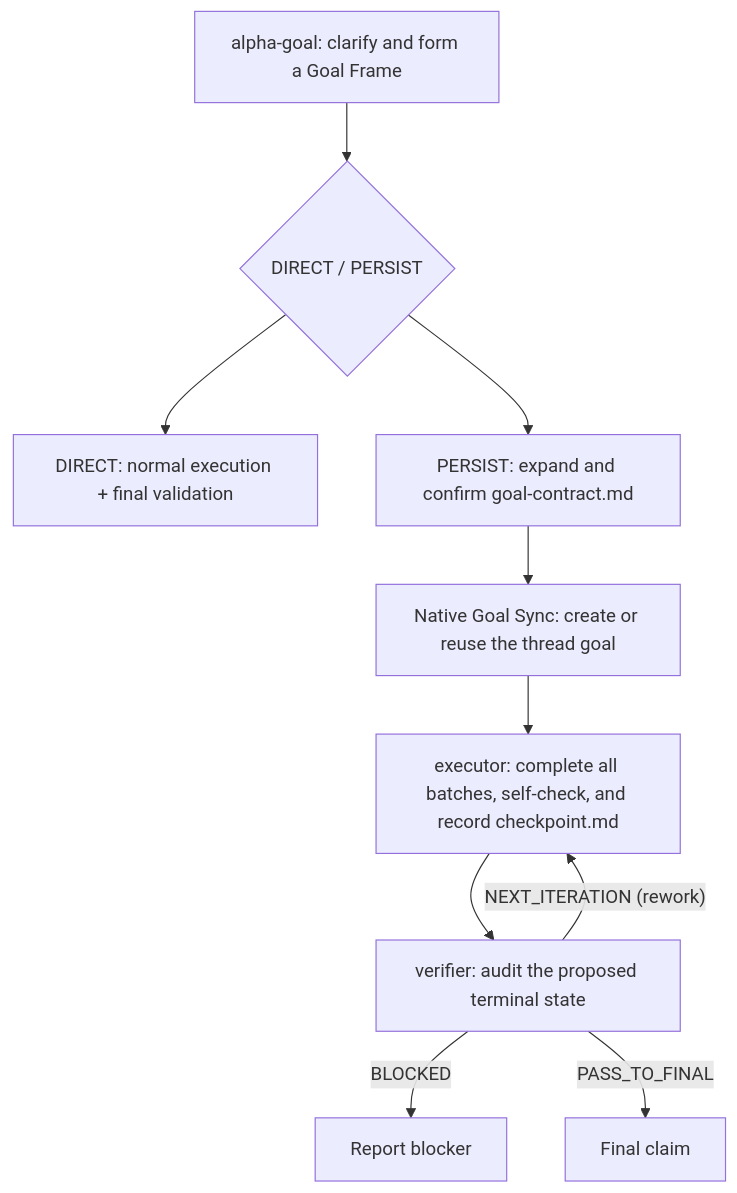
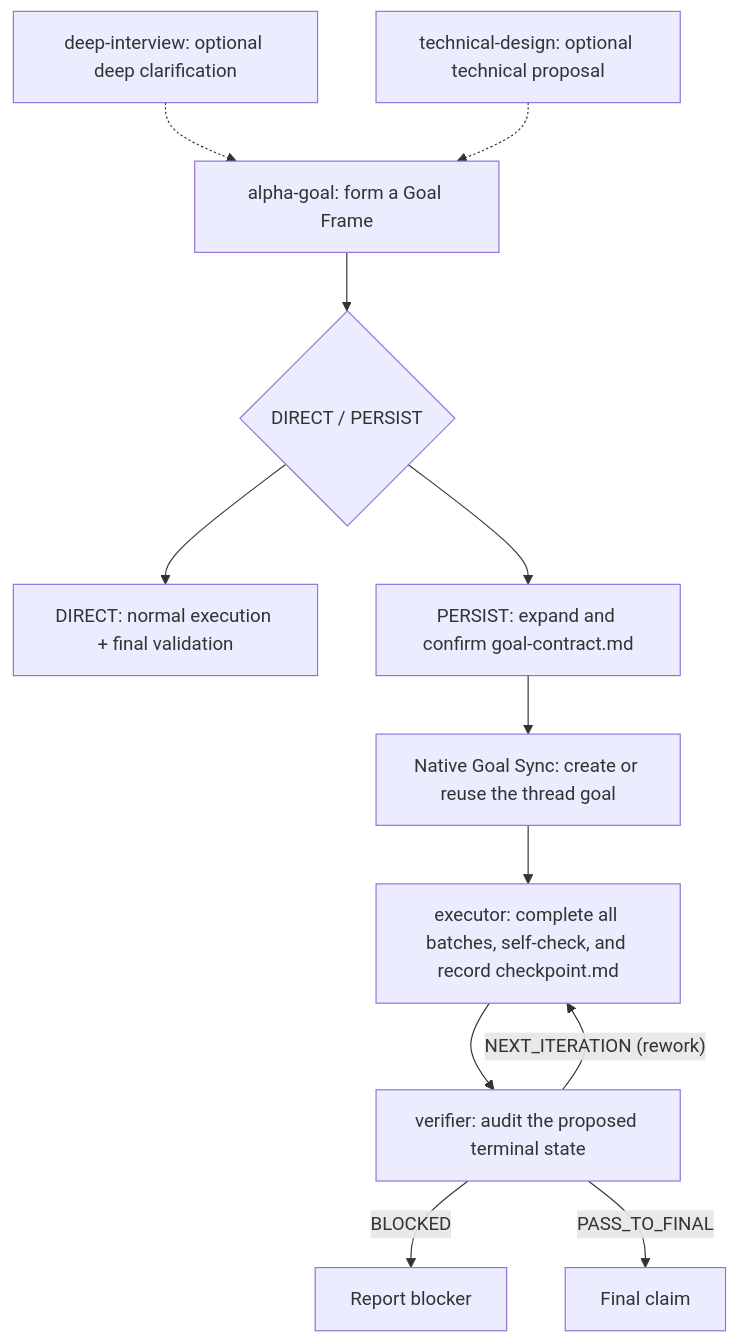
One commit to azhonglee/alpha-goal changed the diagram in README.en.md. Above: the diagram before and after it, drawn with Mermaid. The commit also changed other lines of this file and 28 other files, not shown here.

````diff
--- a/README.en.md
+++ b/README.en.md
@@ -42,12 +42,14 @@
 ```mermaid
 flowchart TD
-  A["alpha-goal: clarify and form a Goal Frame"] --> R{"DIRECT / PERSIST"}
+  I["deep-interview: optional deep clarification"] -.-> A["alpha-goal: form a Goal Frame"]
+  T["technical-design: optional technical proposal"] -.-> A
+  A --> R{"DIRECT / PERSIST"}
   R --> D["DIRECT: normal execution + final validation"]
   R --> P["PERSIST: expand and confirm goal-contract.md"]
   P --> S["Native Goal Sync: create or reuse the thread goal"]
   S --> E["executor: complete all batches, self-check, and record checkpoint.md"]
   E --> V["verifier: audit the proposed terminal state"]
   V -->|"NEXT_ITERATION (rework)"| E
   V -->|"BLOCKED"| B["Report blocker"]
   V -->|"PASS_TO_FINAL"| F["Final claim"]
 ```
````
